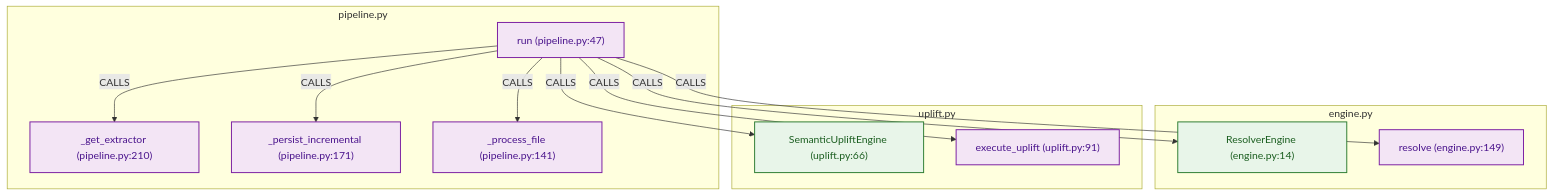
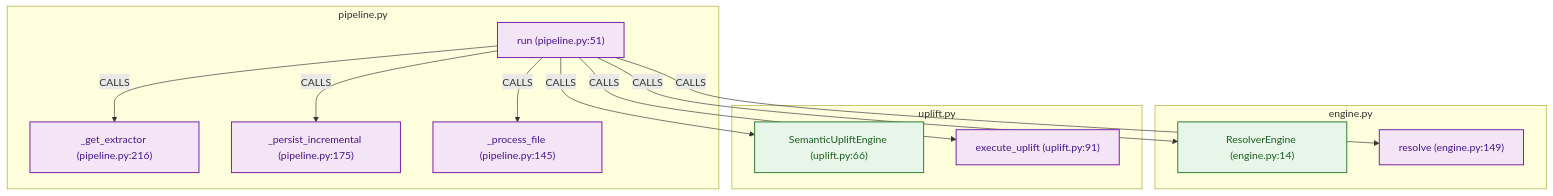
Before and after one commit to zaebee/codegraph-brain: the second of 2 diagrams in README.md, drawn with Mermaid. The commit also changed other lines of this file and 1 other file, not shown here.

Commit message:
docs: auto-sync architecture graph and MCP reference (#109)

````diff
--- a/README.md
+++ b/README.md
@@ -92,32 +92,32 @@
 ```mermaid
 graph TD
 classDef classNode fill:#e8f5e9,stroke:#2e7d32,stroke-width:1.5px,color:#1b5e20;
 classDef funcNode fill:#e3f2fd,stroke:#1565c0,stroke-width:1.5px,color:#0d47a1;
 classDef methodNode fill:#f3e5f5,stroke:#7b1fa2,stroke-width:1.5px,color:#4a148c;
 classDef unresolvedNode fill:#fffde7,stroke:#fbc02d,stroke-width:1.5px,stroke-dasharray: 4 4,color:#f57f17;
 classDef defaultNode fill:#fafafa,stroke:#9e9e9e,stroke-width:1.5px,color:#212121;
 classDef stdlibNode fill:#eceff1,stroke:#607d8b,stroke-width:1px,color:#455a64;
 classDef externalNode fill:#fff3e0,stroke:#e65100,stroke-width:1px,stroke-dasharray: 3 3,color:#bf360c;
 
     subgraph n_9881ca900b7c44fd13c9206dbb6b1f1c["pipeline.py"]
-        n_0f875e605375c329869f67b3fb05ca43["_get_extractor (pipeline.py:210)"]:::methodNode
-        n_705d8fa6977288feb6d561fe353917bd["_persist_incremental (pipeline.py:171)"]:::methodNode
-        n_69ab802205de25759be41c9155266b2c["_process_file (pipeline.py:141)"]:::methodNode
-        n_380356b2071cde8dd55ba6287e99bd8a["run (pipeline.py:47)"]:::methodNode
+        n_0f875e605375c329869f67b3fb05ca43["_get_extractor (pipeline.py:216)"]:::methodNode
+        n_705d8fa6977288feb6d561fe353917bd["_persist_incremental (pipeline.py:175)"]:::methodNode
+        n_69ab802205de25759be41c9155266b2c["_process_file (pipeline.py:145)"]:::methodNode
+        n_380356b2071cde8dd55ba6287e99bd8a["run (pipeline.py:51)"]:::methodNode
     end
     subgraph n_724e82bcada88588298dcf4c3336e3f5["engine.py"]
         n_ebda4de8e05ef057deb454e72894302d["ResolverEngine (engine.py:14)"]:::classNode
         n_e75ca2e29418d9c85a1a14b7069c25d9["resolve (engine.py:149)"]:::methodNode
     end
     subgraph n_b64d9821d81a859afcf762f9892f0b4a["uplift.py"]
         n_2dda32fbe79232f92feae85b97527aff["SemanticUpliftEngine (uplift.py:66)"]:::classNode
         n_aafcdc9602017019ffdfedea66173d0e["execute_uplift (uplift.py:91)"]:::methodNode
     end
     n_380356b2071cde8dd55ba6287e99bd8a -->|CALLS| n_0f875e605375c329869f67b3fb05ca43
     n_380356b2071cde8dd55ba6287e99bd8a -->|CALLS| n_69ab802205de25759be41c9155266b2c
     n_380356b2071cde8dd55ba6287e99bd8a -->|CALLS| n_ebda4de8e05ef057deb454e72894302d
     n_380356b2071cde8dd55ba6287e99bd8a -->|CALLS| n_e75ca2e29418d9c85a1a14b7069c25d9
     n_380356b2071cde8dd55ba6287e99bd8a -->|CALLS| n_705d8fa6977288feb6d561fe353917bd
     n_380356b2071cde8dd55ba6287e99bd8a -->|CALLS| n_aafcdc9602017019ffdfedea66173d0e
     n_380356b2071cde8dd55ba6287e99bd8a -->|CALLS| n_2dda32fbe79232f92feae85b97527aff
 ```
````
